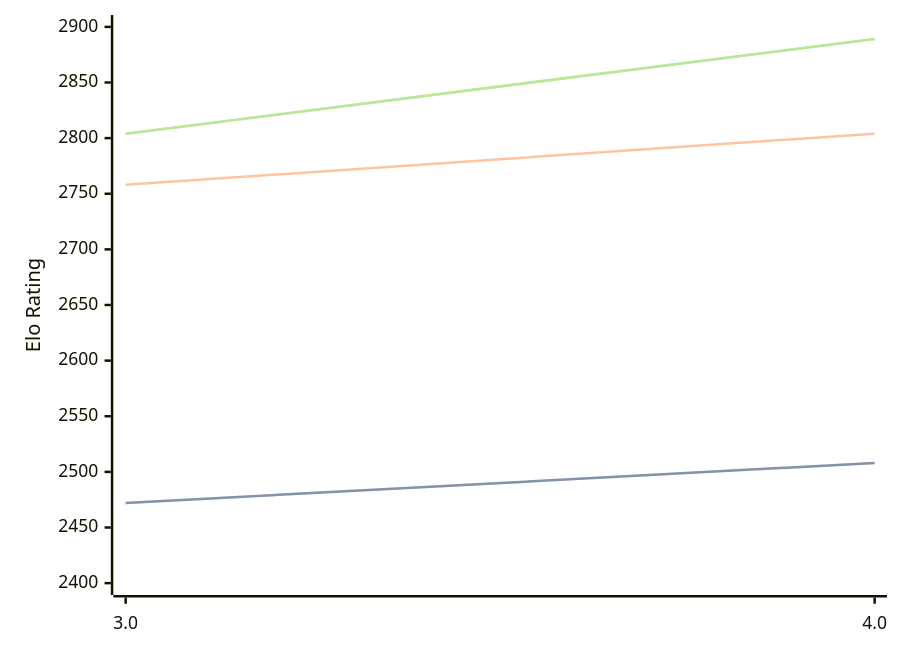
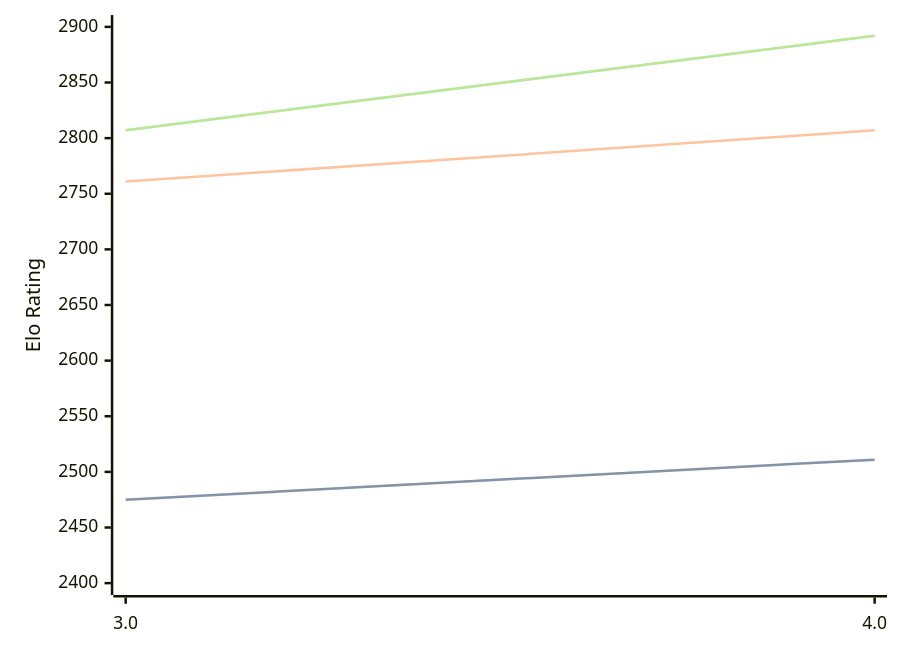
Before and after one commit to computer-chess-index/cci: the diagram in engines/Chess3.md, drawn with Mermaid. The commit also changed other lines of this file, not shown here.

Commit message:
Update CCI Ratings (ELO VLTC) - 2026-09-24

````diff
--- a/engines/Chess3.md
+++ b/engines/Chess3.md
@@ -32,11 +32,11 @@
 ```mermaid
 %%{init: {"theme":"base","themeVariables":{"seriesColors:['#a3a3a3','#222221','#faa371']}}}%%
 xychart-beta
   x-axis ["3.0", "4.0"]
   y-axis "Elo Rating" 2400 --> 2900
-  line "" [2472, 2508]
-  line "STC (8.0+0.08s)" [2472, 2508]
-  line "LTC (60.0+0.60s)" [2758, 2804]
-  line "" [2804, 2889]
-  line "VLTC (2m24s+1.12s)" [2804, 2889]
+  line "" [2475, 2511]
+  line "STC (8.0+0.08s)" [2475, 2511]
+  line "LTC (60.0+0.60s)" [2761, 2807]
+  line "" [2807, 2892]
+  line "VLTC (2m24s+1.12s)" [2807, 2892]
 ```
````
